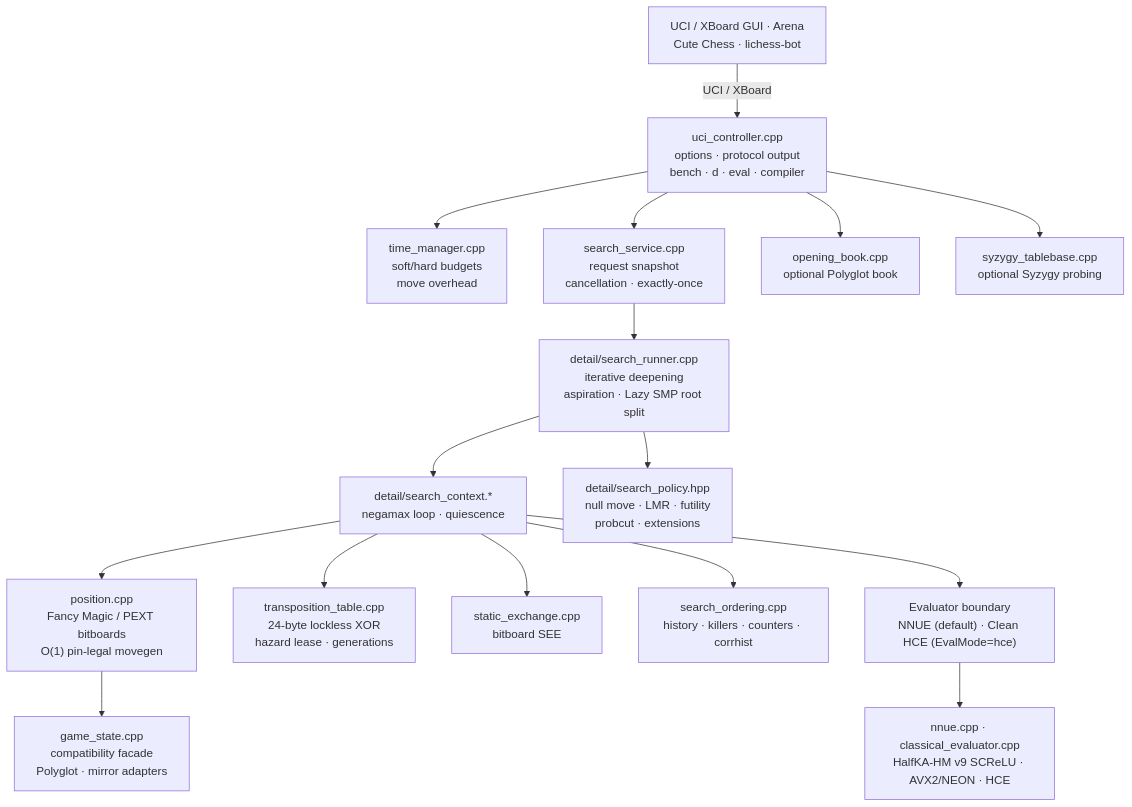
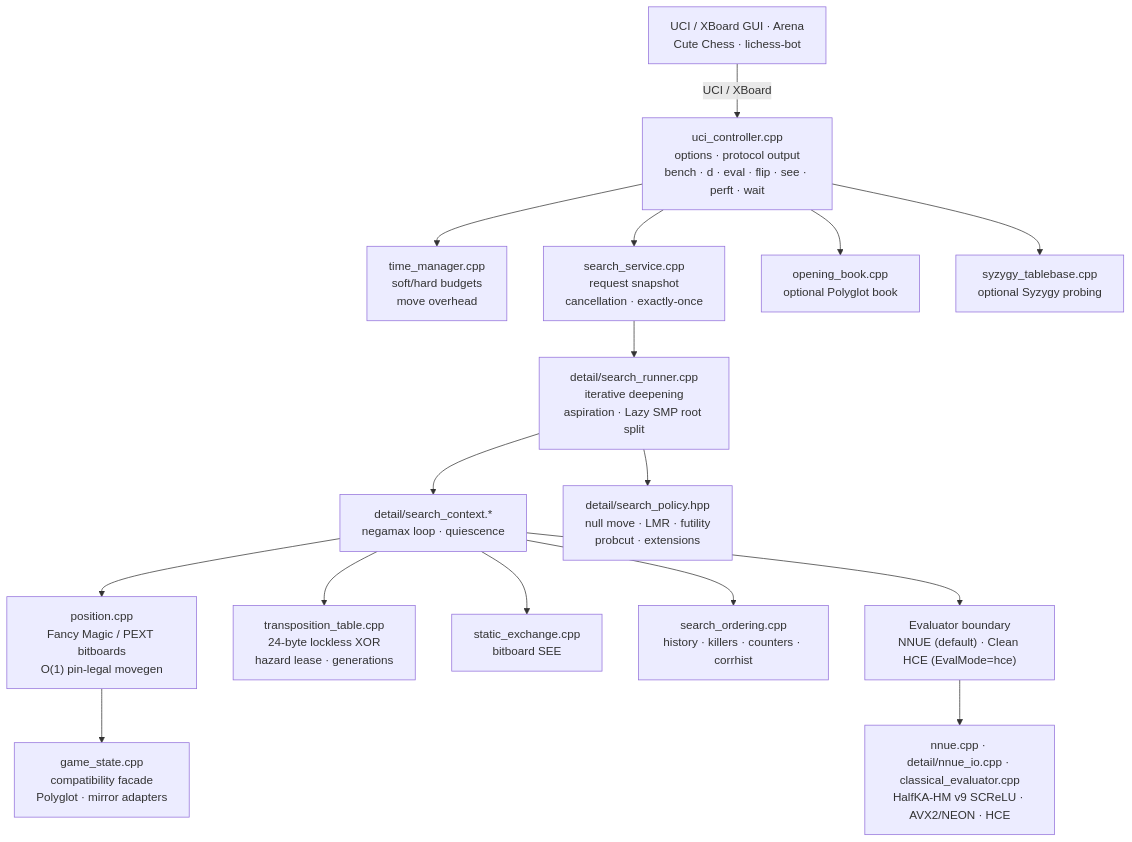
One commit to nhatquang1701/Koi changed the diagram in docs/ARCHITECTURE.md. Above: the diagram before and after it, drawn with Mermaid. The commit also changed other lines of this file and 2 other files, not shown here.

Commit message:
docs: sync architecture map, tools NNUE guide, and changelog for Waves M10-M16

````diff
--- a/docs/ARCHITECTURE.md
+++ b/docs/ARCHITECTURE.md
@@ -7,19 +7,19 @@
 ```mermaid
 flowchart TD
     GUI["UCI / XBoard GUI · Arena<br/>Cute Chess · lichess-bot"] -- "UCI / XBoard" --> UCI
-    UCI["uci_controller.cpp<br/>options · protocol output<br/>bench · d · eval · compiler"]
+    UCI["uci_controller.cpp<br/>options · protocol output<br/>bench · d · eval · flip · see · perft · wait"]
     UCI --> TIME["time_manager.cpp<br/>soft/hard budgets<br/>move overhead"]
     UCI --> SERVICE["search_service.cpp<br/>request snapshot<br/>cancellation · exactly-once"]
     SERVICE --> RUNNER["detail/search_runner.cpp<br/>iterative deepening<br/>aspiration · Lazy SMP root split"]
     RUNNER --> CONTEXT["detail/search_context.*<br/>negamax loop · quiescence"]
     RUNNER --> POLICY["detail/search_policy.hpp<br/>null move · LMR · futility<br/>probcut · extensions"]
     CONTEXT --> POSITION["position.cpp<br/>Fancy Magic / PEXT bitboards<br/>O(1) pin-legal movegen"]
     POSITION --> STATE["game_state.cpp<br/>compatibility facade<br/>Polyglot · mirror adapters"]
     CONTEXT --> TT["transposition_table.cpp<br/>24-byte lockless XOR<br/>hazard lease · generations"]
     CONTEXT --> SEE["static_exchange.cpp<br/>bitboard SEE"]
     CONTEXT --> ORDER["search_ordering.cpp<br/>history · killers · counters · corrhist"]
     CONTEXT --> EVAL["Evaluator boundary<br/>NNUE (default) · Clean HCE (EvalMode=hce)"]
-    EVAL --> NNUE["nnue.cpp · classical_evaluator.cpp<br/>HalfKA-HM v9 SCReLU · AVX2/NEON · HCE"]
+    EVAL --> NNUE["nnue.cpp · detail/nnue_io.cpp · classical_evaluator.cpp<br/>HalfKA-HM v9 SCReLU · AVX2/NEON · HCE"]
     UCI --> BOOK["opening_book.cpp<br/>optional Polyglot book"]
     UCI --> TB["syzygy_tablebase.cpp<br/>optional Syzygy probing"]
 ```
````
